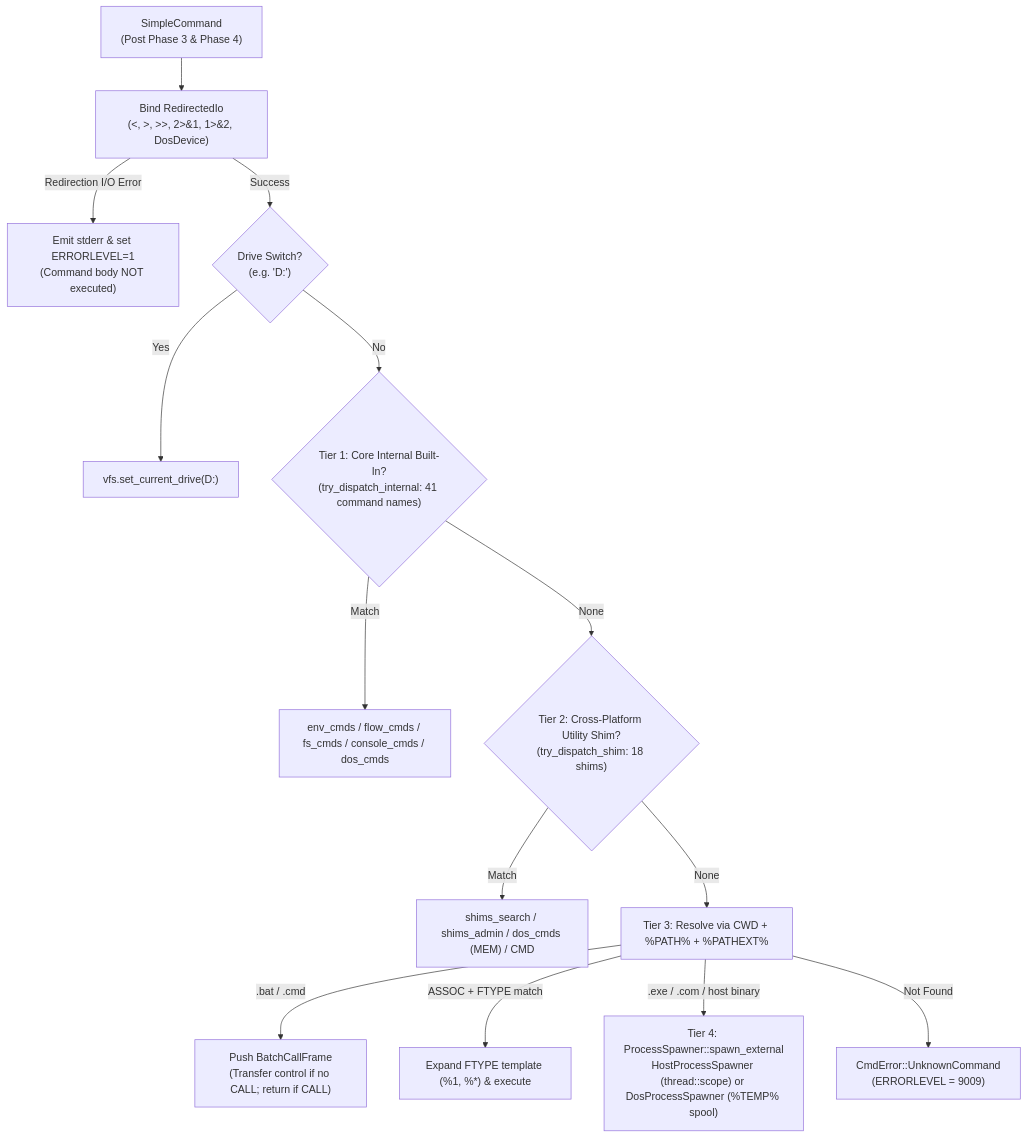
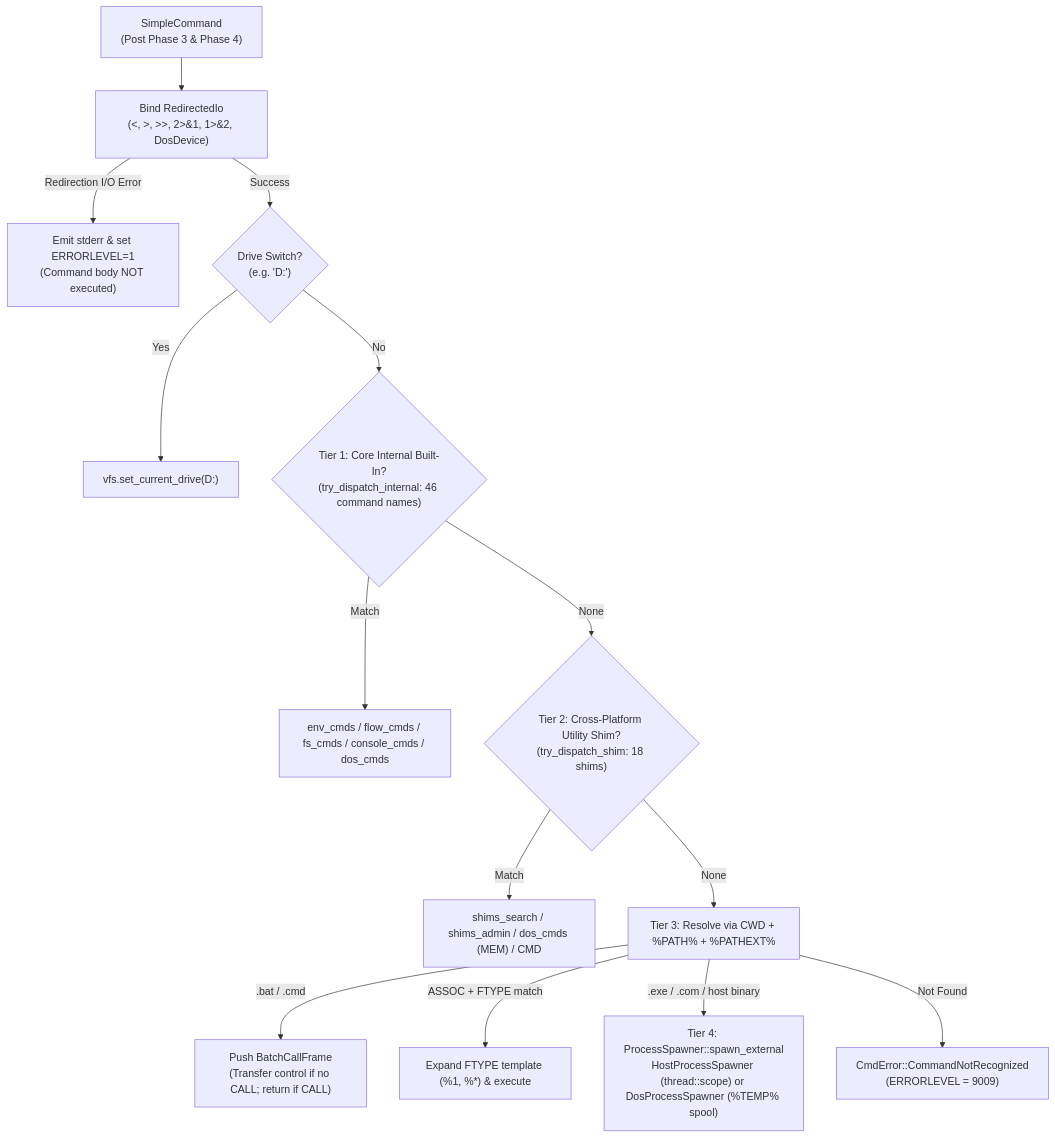
The ninth of 15 diagrams in ARCHITECTURE.md (SamuelMarks/win-cmd-rs), drawn with Mermaid before and after one commit. The commit also changed other lines of this file and 6 other files, not shown here.

````diff
--- a/ARCHITECTURE.md
+++ b/ARCHITECTURE.md
@@ -419,16 +429,16 @@
 ```mermaid
 flowchart TD
     CMD["SimpleCommand<br/>(Post Phase 3 & Phase 4)"] --> REDIR["Bind RedirectedIo<br/>(&lt;, &gt;, &gt;&gt;, 2&gt;&amp;1, 1&gt;&amp;2, DosDevice)"]
     REDIR -- "Redirection I/O Error" --> FAIL_REDIR["Emit stderr &amp; set ERRORLEVEL=1<br/>(Command body NOT executed)"]
     REDIR -- "Success" --> DRV{"Drive Switch?<br/>(e.g. 'D:')"}
     DRV -- "Yes" --> SET_DRV["vfs.set_current_drive(D:)"]
-    DRV -- "No" --> INT{"Tier 1: Core Internal Built-In?<br/>(try_dispatch_internal: 41 command names)"}
+    DRV -- "No" --> INT{"Tier 1: Core Internal Built-In?<br/>(try_dispatch_internal: 46 command names)"}
     INT -- "Match" --> RUN_INT["env_cmds / flow_cmds / fs_cmds / console_cmds / dos_cmds"]
     INT -- "None" --> SHIM{"Tier 2: Cross-Platform Utility Shim?<br/>(try_dispatch_shim: 18 shims)"}
     SHIM -- "Match" --> RUN_SHIM["shims_search / shims_admin / dos_cmds (MEM) / CMD"]
     SHIM -- "None" --> RESOLVE["Tier 3: Resolve via CWD + %PATH% + %PATHEXT%"]
     RESOLVE -- ".bat / .cmd" --> RUN_BAT["Push BatchCallFrame<br/>(Transfer control if no CALL; return if CALL)"]
     RESOLVE -- "ASSOC + FTYPE match" --> RUN_ASSOC["Expand FTYPE template (%1, %*) &amp; execute"]
     RESOLVE -- ".exe / .com / host binary" --> SPAWN["Tier 4: ProcessSpawner::spawn_external<br/>HostProcessSpawner (thread::scope) or DosProcessSpawner (%TEMP% spool)"]
-    RESOLVE -- "Not Found" --> ERR_9009["CmdError::UnknownCommand<br/>(ERRORLEVEL = 9009)"]
+    RESOLVE -- "Not Found" --> ERR_9009["CmdError::CommandNotRecognized<br/>(ERRORLEVEL = 9009)"]
 ```
````
